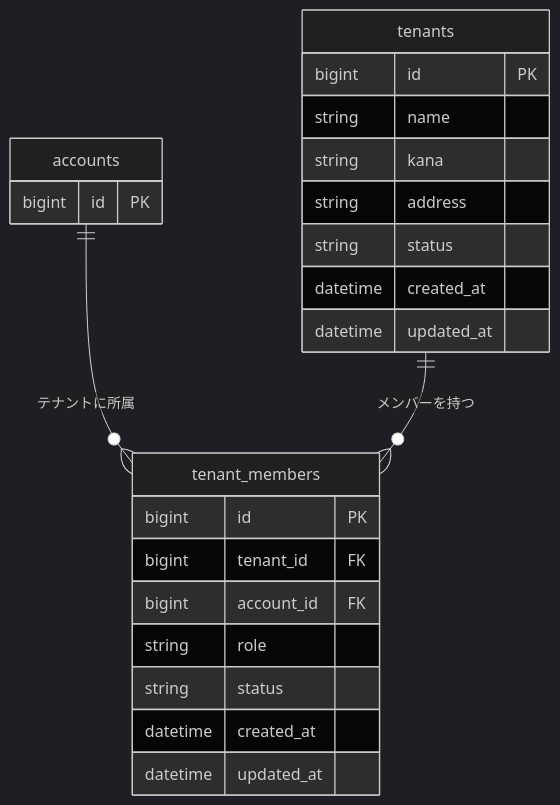
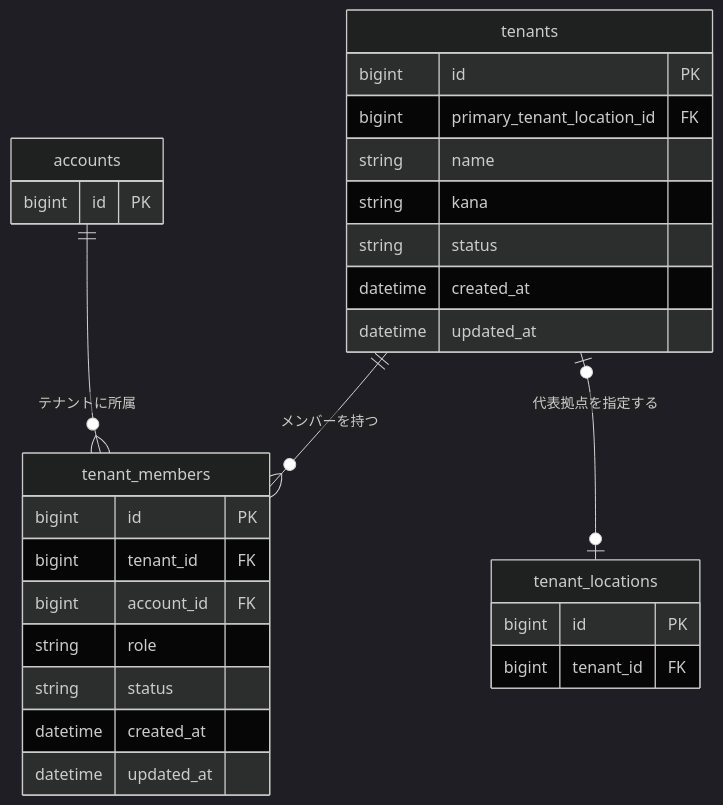
One commit to t0kio2/community-hub changed the fourth of 8 diagrams in docs/er/00-account.md. Above: the diagram before and after it, drawn with Mermaid (dark theme). The commit also changed other lines of this file and 30 other files, not shown here.

````diff
--- a/docs/er/00-account.md
+++ b/docs/er/00-account.md
@@ -79,29 +79,35 @@
 ```mermaid
 erDiagram
     accounts {
         bigint id PK
     }
 
     tenants {
         bigint id PK
+        bigint primary_tenant_location_id FK
         string name
         string kana
-        string address
         string status
         datetime created_at
         datetime updated_at
+    }
+
+    tenant_locations {
+        bigint id PK
+        bigint tenant_id FK
     }
 
     tenant_members {
         bigint id PK
         bigint tenant_id FK
         bigint account_id FK
         string role
         string status
         datetime created_at
         datetime updated_at
     }
 
     accounts ||--o{ tenant_members : "テナントに所属"
     tenants ||--o{ tenant_members : "メンバーを持つ"
+    tenants o|--o| tenant_locations : "代表拠点を指定する"
 ```
````
